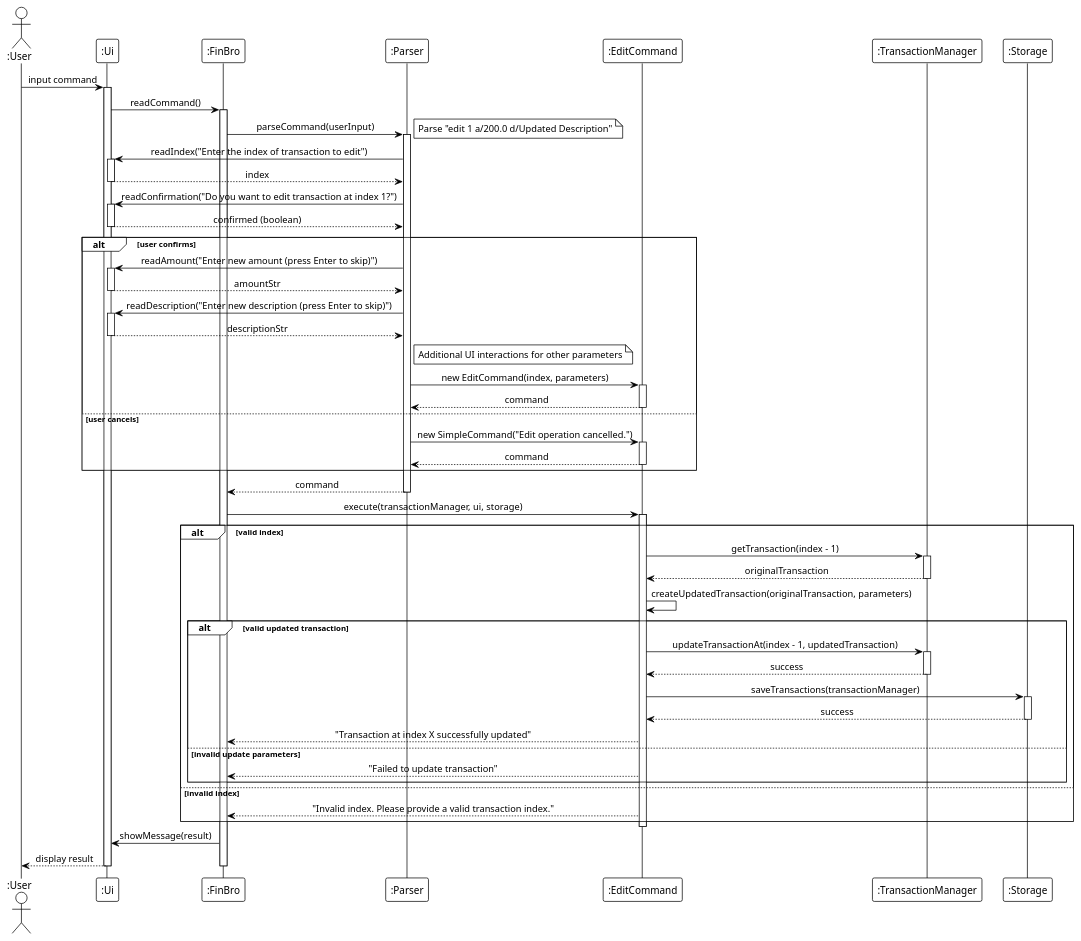
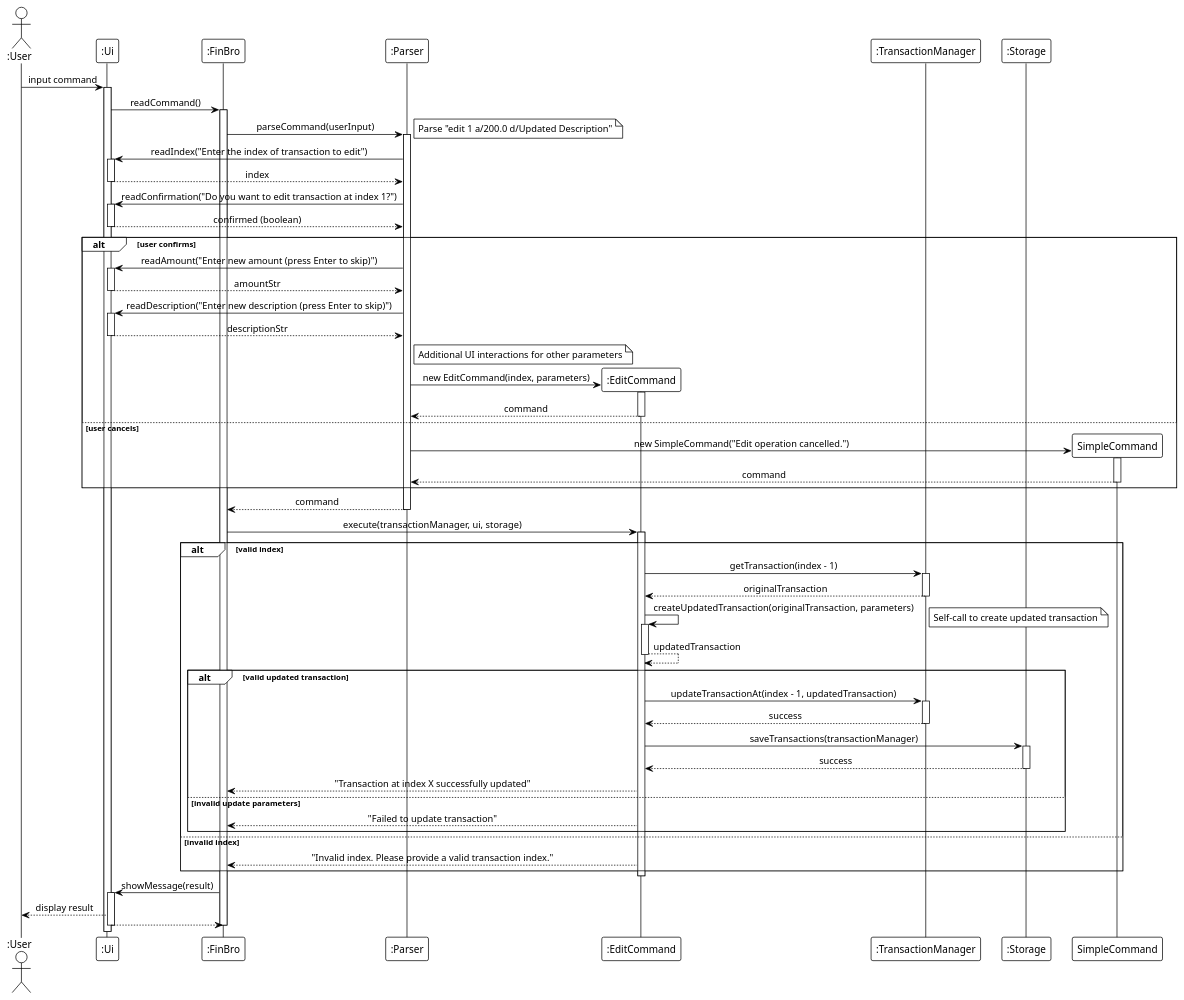
Before and after one commit to laitcanard05/tp: the diagram in docs/diagrams/puml/sequence/sequence-edit.puml, drawn with PlantUML. The commit also changed 38 other files, not shown here.

```diff
--- a/docs/diagrams/puml/sequence/sequence-edit.puml
+++ b/docs/diagrams/puml/sequence/sequence-edit.puml
@@ -1,99 +1,108 @@
 @startuml
 !theme plain
 skinparam sequenceMessageAlign center
 skinparam responseMessageBelowArrow true
+skinparam lifelineStrategy nosolid
 
 actor ":User" as User
 participant ":Ui" as UI
 participant ":FinBro" as FinBro
 participant ":Parser" as Parser
 participant ":EditCommand" as EditCommand
 participant ":TransactionManager" as TransactionMgr
 participant ":Storage" as Storage
 
 User -> UI : input command
 activate UI
 
 UI -> FinBro : readCommand()
 activate FinBro
 
 FinBro -> Parser : parseCommand(userInput)
 activate Parser
 
 note right: Parse "edit 1 a/200.0 d/Updated Description"
 
 Parser -> UI : readIndex("Enter the index of transaction to edit")
 activate UI
 UI --> Parser : index
 deactivate UI
 
 Parser -> UI : readConfirmation("Do you want to edit transaction at index 1?")
 activate UI
 UI --> Parser : confirmed (boolean)
 deactivate UI
 
 alt user confirms
     Parser -> UI : readAmount("Enter new amount (press Enter to skip)")
     activate UI
     UI --> Parser : amountStr
     deactivate UI
 
     Parser -> UI : readDescription("Enter new description (press Enter to skip)")
     activate UI
     UI --> Parser : descriptionStr
     deactivate UI
 
     note right of Parser: Additional UI interactions for other parameters
 
+    create EditCommand
     Parser -> EditCommand : new EditCommand(index, parameters)
     activate EditCommand
     EditCommand --> Parser : command
     deactivate EditCommand
 else user cancels
-    Parser -> EditCommand : new SimpleCommand("Edit operation cancelled.")
-    activate EditCommand
-    EditCommand --> Parser : command
-    deactivate EditCommand
+    create "SimpleCommand"
+    Parser -> "SimpleCommand" : new SimpleCommand("Edit operation cancelled.")
+    activate "SimpleCommand"
+    "SimpleCommand" --> Parser : command
+    deactivate "SimpleCommand"
 end
 
 Parser --> FinBro : command
 deactivate Parser
 
 FinBro -> EditCommand : execute(transactionManager, ui, storage)
 activate EditCommand
 
 alt valid index
     EditCommand -> TransactionMgr : getTransaction(index - 1)
     activate TransactionMgr
     TransactionMgr --> EditCommand : originalTransaction
     deactivate TransactionMgr
 
     EditCommand -> EditCommand : createUpdatedTransaction(originalTransaction, parameters)
+    activate EditCommand
+    note right: Self-call to create updated transaction
+    EditCommand --> EditCommand : updatedTransaction
+    deactivate EditCommand
 
     alt valid updated transaction
         EditCommand -> TransactionMgr : updateTransactionAt(index - 1, updatedTransaction)
         activate TransactionMgr
         TransactionMgr --> EditCommand : success
         deactivate TransactionMgr
 
         EditCommand -> Storage : saveTransactions(transactionManager)
         activate Storage
         Storage --> EditCommand : success
         deactivate Storage
 
         EditCommand --> FinBro : "Transaction at index X successfully updated"
     else invalid update parameters
         EditCommand --> FinBro : "Failed to update transaction"
     end
 else invalid index
     EditCommand --> FinBro : "Invalid index. Please provide a valid transaction index."
 end
 
 deactivate EditCommand
 
 FinBro -> UI : showMessage(result)
+activate UI
 UI --> User : display result
+UI --> FinBro
 deactivate UI
 deactivate FinBro
 
 @enduml
```
